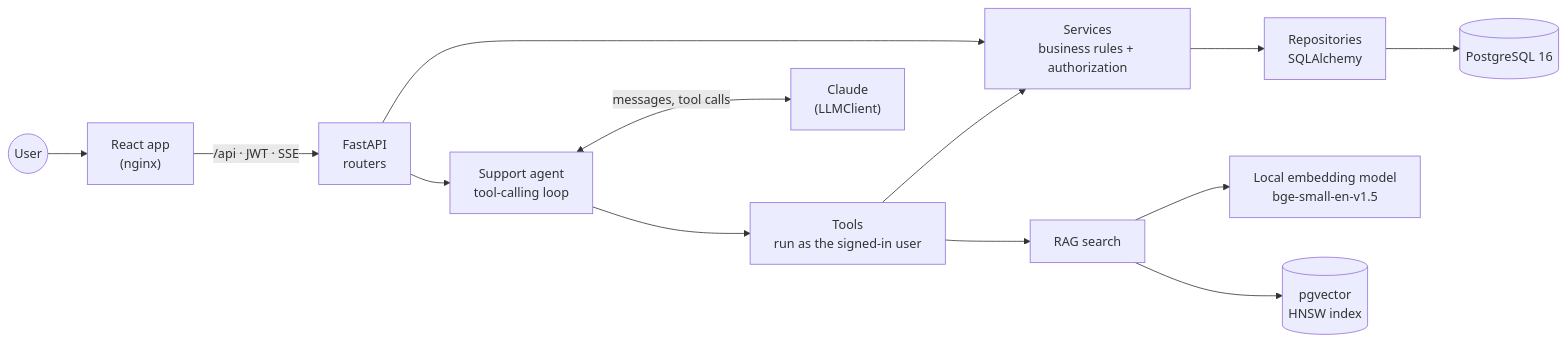
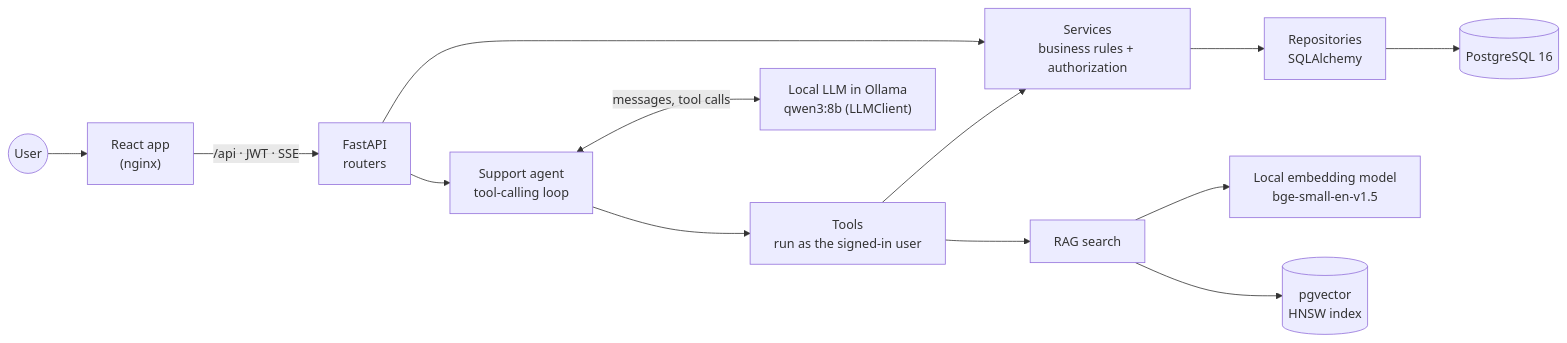
One commit to InviXtaHydra/invixta changed the first of 3 diagrams in README.md. Above: the diagram before and after it, drawn with Mermaid. The commit also changed other lines of this file and 26 other files, not shown here.

First line of the commit message:
feat: replace the paid Claude API with a free local LLM served by Ollama (qwen3:8b)

````diff
--- a/README.md
+++ b/README.md
@@ -33,15 +33,15 @@
 ```mermaid
 flowchart LR
     User((User)) --> React["React app<br/>(nginx)"]
     React -->|"/api · JWT · SSE"| FastAPI["FastAPI<br/>routers"]
     FastAPI --> Services["Services<br/>business rules + authorization"]
     FastAPI --> Agent["Support agent<br/>tool-calling loop"]
-    Agent <-->|messages, tool calls| LLM["Claude<br/>(LLMClient)"]
+    Agent <-->|messages, tool calls| LLM["Local LLM in Ollama<br/>qwen3:8b (LLMClient)"]
     Agent --> Tools["Tools<br/>run as the signed-in user"]
     Tools --> Services
     Tools --> RAG["RAG search"]
     RAG --> Embed["Local embedding model<br/>bge-small-en-v1.5"]
     Services --> Repos["Repositories<br/>SQLAlchemy"]
     Repos --> PG[("PostgreSQL 16")]
     RAG --> PGV[("pgvector<br/>HNSW index")]
 ```
````
